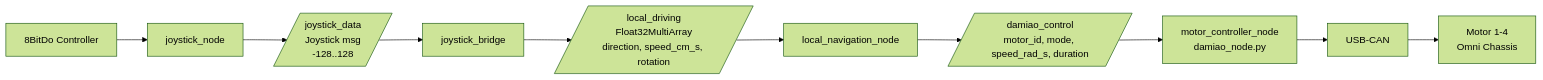
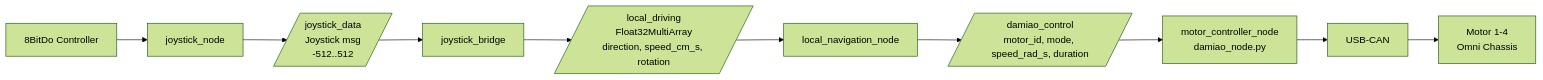
One commit to herolch07/joystck_controller changed the second of 5 diagrams in ARCHITECTURE.md. Above: the diagram before and after it, drawn with Mermaid (forest theme). The commit also changed other lines of this file and 33 other files, not shown here.

````diff
--- a/ARCHITECTURE.md
+++ b/ARCHITECTURE.md
@@ -108,15 +108,15 @@
 ```mermaid
 flowchart LR
     Controller[8BitDo Controller]
     JoyNode[joystick_node]
-    JoyTopic[/joystick_data<br/>Joystick msg<br/>-128..128/]
+    JoyTopic[/joystick_data<br/>Joystick msg<br/>-512..512/]
     Bridge[joystick_bridge]
     LocalDriving[/local_driving<br/>Float32MultiArray<br/>direction, speed_cm_s, rotation/]
     Nav[local_navigation_node]
     DamiaoCmd[/damiao_control<br/>motor_id, mode, speed_rad_s, duration/]
     Driver[motor_controller_node<br/>damiao_node.py]
     CAN[USB-CAN]
     Motors[Motor 1-4<br/>Omni Chassis]
 
     Controller --> JoyNode --> JoyTopic --> Bridge --> LocalDriving --> Nav --> DamiaoCmd --> Driver --> CAN --> Motors
 ```
````
